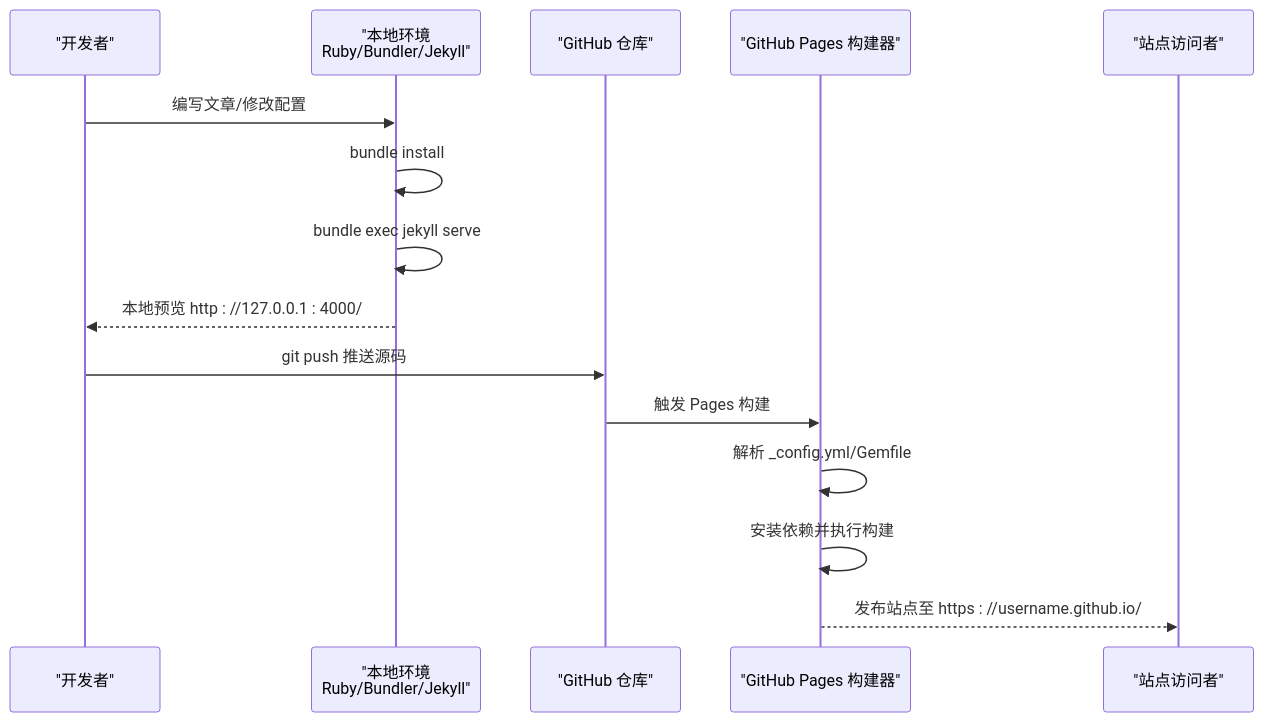
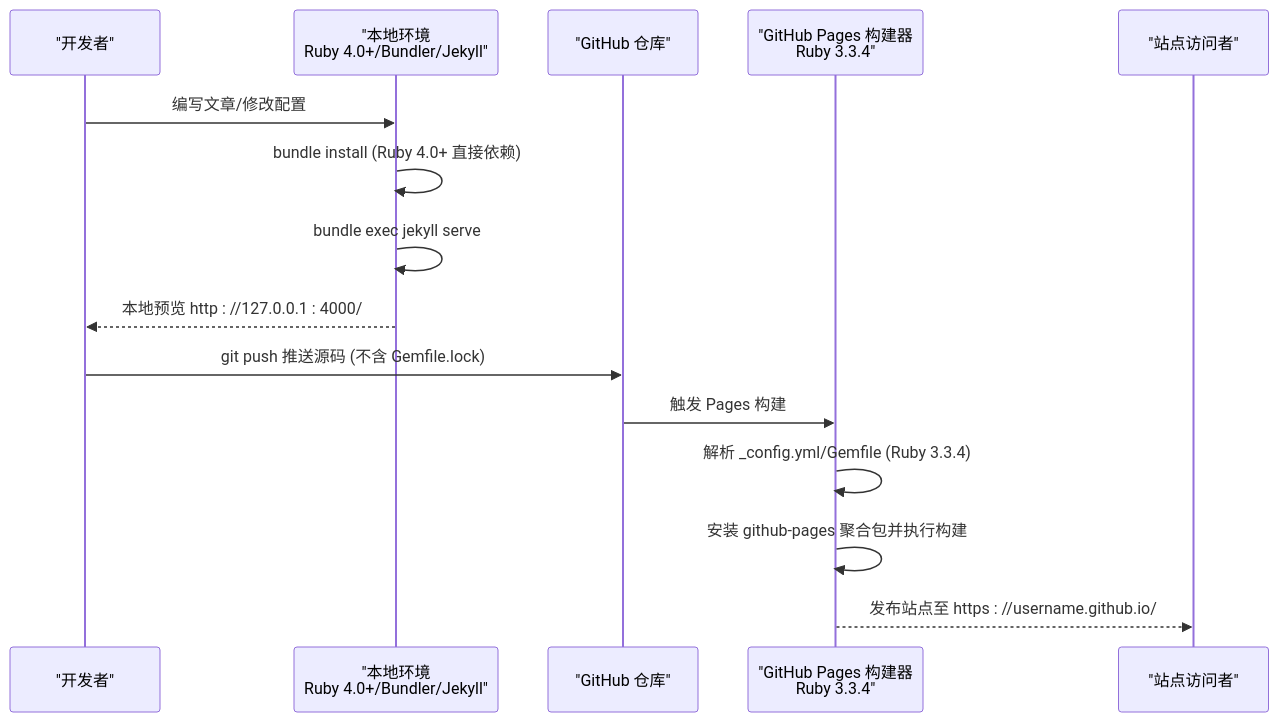
The second of 4 diagrams in .qoder/repowiki/zh/content/部署与维护/GitHub Pages 部署.md (LZC6244/lzc6244.github.io), drawn with Mermaid before and after one commit. The commit also changed other lines of this file and 36 other files, not shown here.

````diff
--- a/.qoder/repowiki/zh/content/部署与维护/GitHub Pages 部署.md
+++ b/.qoder/repowiki/zh/content/部署与维护/GitHub Pages 部署.md
@@ -90,17 +115,17 @@
 ```mermaid
 sequenceDiagram
 participant Dev as "开发者"
-participant Local as "本地环境<br/>Ruby/Bundler/Jekyll"
+participant Local as "本地环境<br/>Ruby 4.0+/Bundler/Jekyll"
 participant GH as "GitHub 仓库"
-participant GP as "GitHub Pages 构建器"
+participant GP as "GitHub Pages 构建器<br/>Ruby 3.3.4"
 participant Site as "站点访问者"
 Dev->>Local : 编写文章/修改配置
-Local->>Local : bundle install
+Local->>Local : bundle install (Ruby 4.0+ 直接依赖)
 Local->>Local : bundle exec jekyll serve
 Local-->>Dev : 本地预览 http : //127.0.0.1 : 4000/
-Dev->>GH : git push 推送源码
+Dev->>GH : git push 推送源码 (不含 Gemfile.lock)
 GH->>GP : 触发 Pages 构建
-GP->>GP : 解析 _config.yml/Gemfile
-GP->>GP : 安装依赖并执行构建
+GP->>GP : 解析 _config.yml/Gemfile (Ruby 3.3.4)
+GP->>GP : 安装 github-pages 聚合包并执行构建
 GP-->>Site : 发布站点至 https : //username.github.io/
 ```
````
